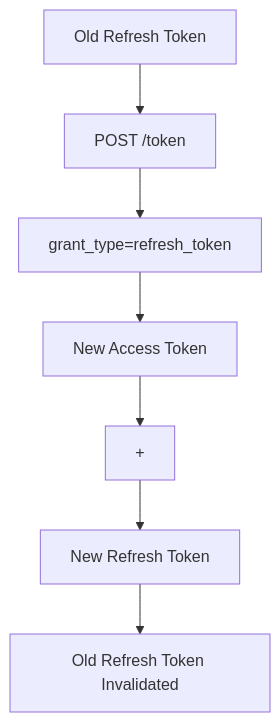
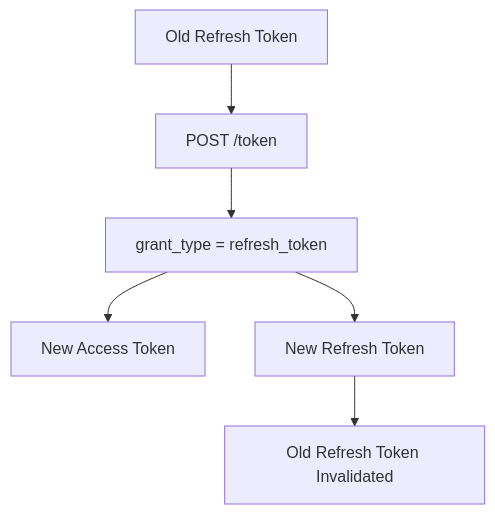
One commit to TechSivaram/tscloak changed the ninth of 18 diagrams in README.md. Above: the diagram before and after it, drawn with Mermaid. The commit also changed other lines of this file, not shown here.

````diff
--- a/README.md
+++ b/README.md
@@ -526,10 +540,8 @@
 ```mermaid
 flowchart TD
-    N0["Old Refresh Token"] --> N1
-    N1["POST /token"] --> N2
-    N2["grant_type=refresh_token"] --> N3
-    N3["New Access Token"] --> N4
-    N4["+"] --> N5
-    N5["New Refresh Token"] --> N6
-    N6["Old Refresh Token Invalidated"]
+    A["Old Refresh Token"] --> B["POST /token"]
+    B --> C["grant_type = refresh_token"]
+    C --> D["New Access Token"]
+    C --> E["New Refresh Token"]
+    E --> F["Old Refresh Token Invalidated"]
 ```
````
